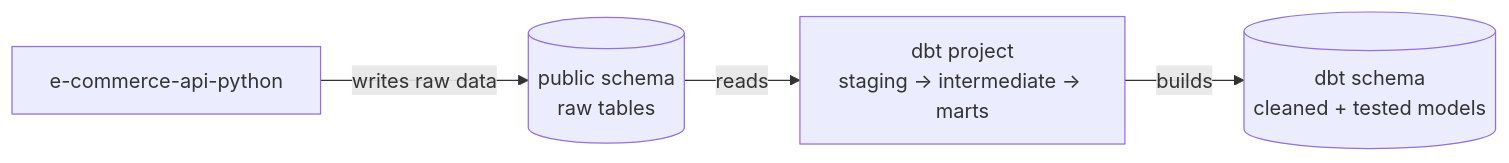
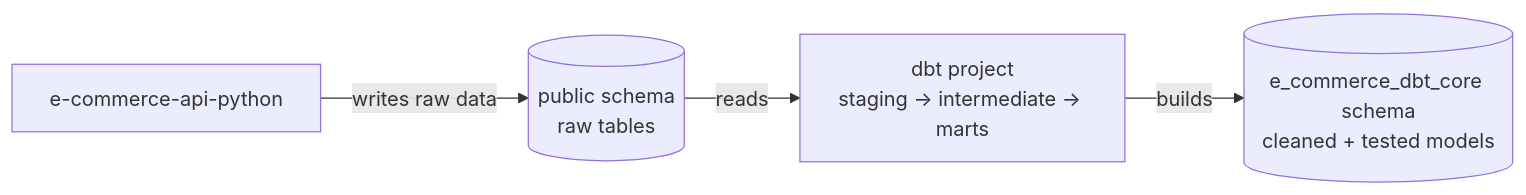
The first of 2 diagrams in README.md (DerianCampos/e-commerce-data-models-dbt), drawn with Mermaid before and after one commit. The commit also changed other lines of this file and 24 other files, not shown here.

````diff
--- a/README.md
+++ b/README.md
@@ -9,6 +9,6 @@
 ```mermaid
 flowchart LR
     A["e-commerce-api-python"] -- writes raw data --> B[("public schema<br/>raw tables")]
     B -- reads --> C["dbt project<br/>staging → intermediate → marts"]
-    C -- builds --> D[("dbt schema<br/>cleaned + tested models")]
+    C -- builds --> D[("e_commerce_dbt_core schema<br/>cleaned + tested models")]
 ```
````
